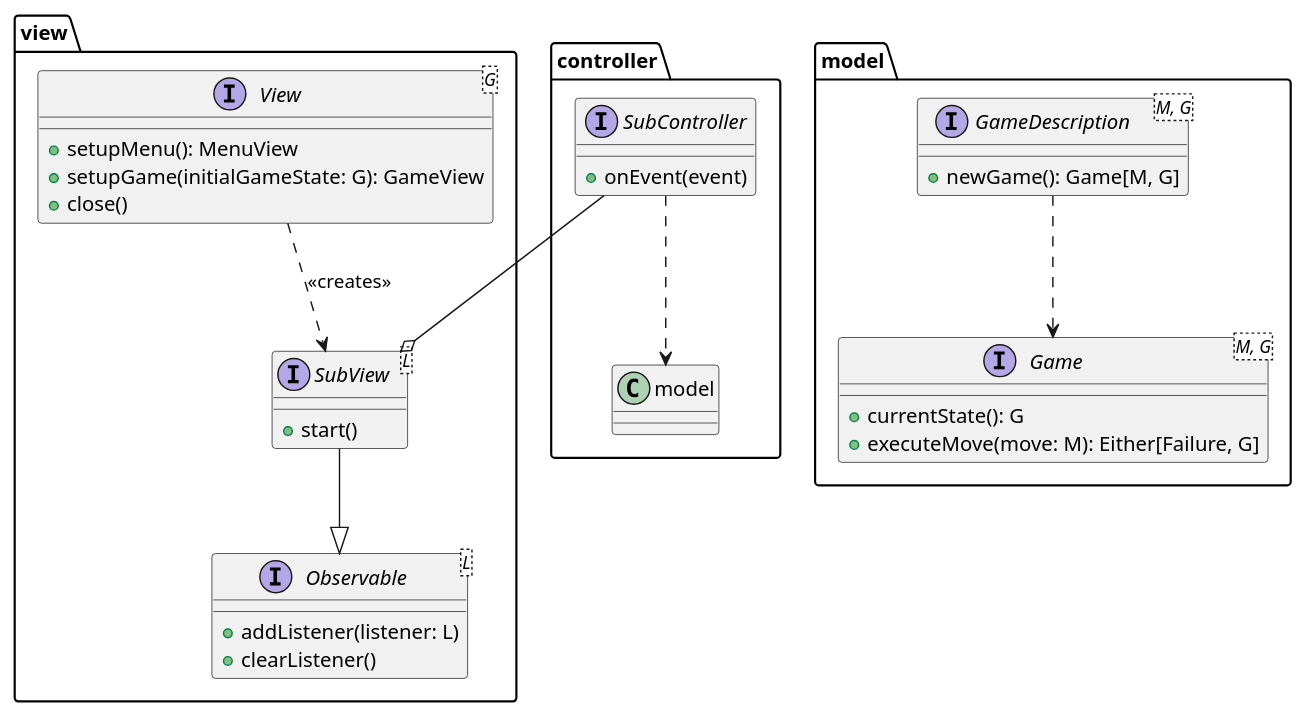
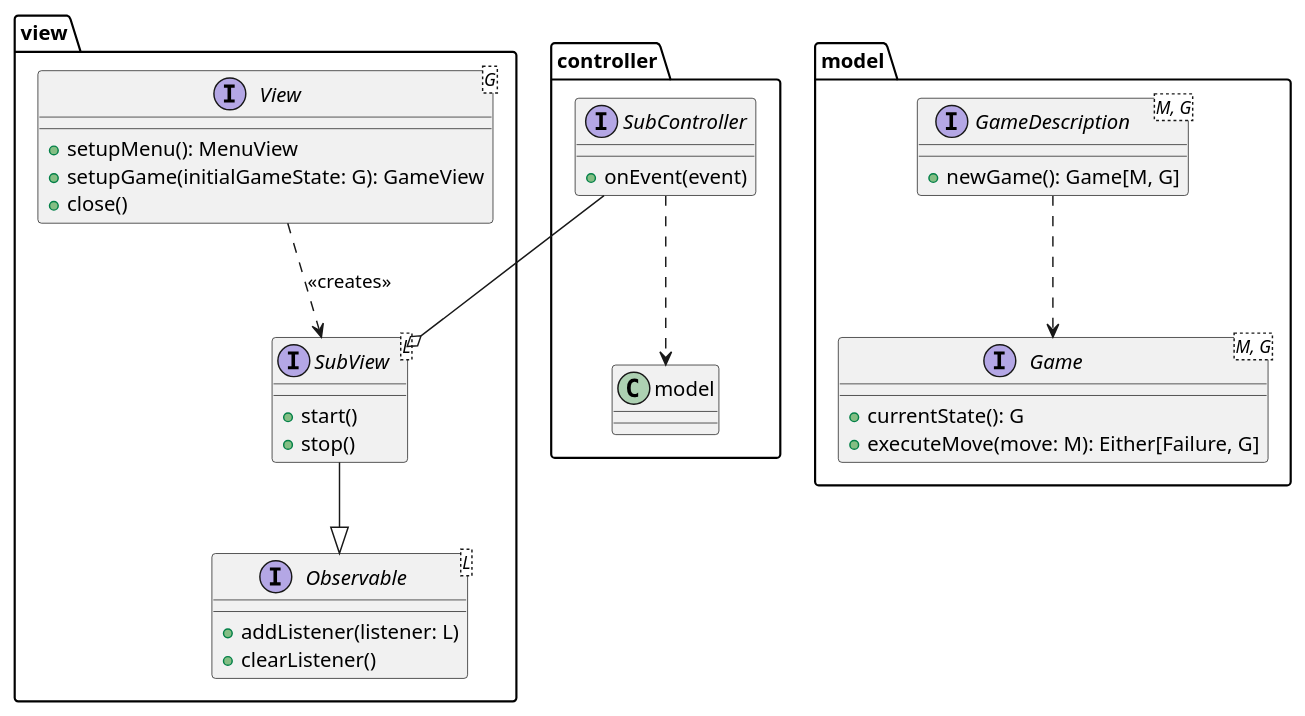
The diagram in doc/modeling/architecture/main_class_diagram.plantuml (francescodente/PPS-19-s-bags), drawn with PlantUML before and after one commit. The commit also changed 3 other files, not shown here.

Commit message:
docs: update UML diagrams to reflect new changes

```diff
--- a/doc/modeling/architecture/main_class_diagram.plantuml
+++ b/doc/modeling/architecture/main_class_diagram.plantuml
@@ -1,46 +1,47 @@
 @startuml main_class_diagram
 
 package view {
     interface View<G> {
         +setupMenu(): MenuView
         +setupGame(initialGameState: G): GameView
         +close()
     }
 
     interface SubView<L> {
         +start()
+        +stop()
     }
 
     interface Observable<L> {
         +addListener(listener: L)
         +clearListener()
     }
 
     View ..> SubView : <<creates>>
 
     SubView --|> Observable
 }
 
 package controller {
     interface SubController {
         +onEvent(event)
     }
 
     SubController ..> model
     SubController --o SubView
 }
 
 package model {
     interface GameDescription<M, G> {
         +newGame(): Game[M, G]
     }
 
     interface Game<M, G> {
         +currentState(): G
         +executeMove(move: M): Either[Failure, G]
     }
 
     GameDescription ..> Game
 }
 
 @enduml
```
